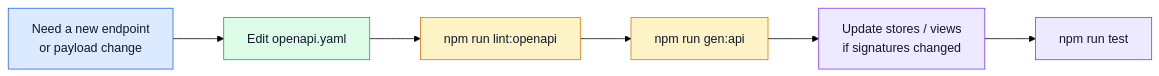
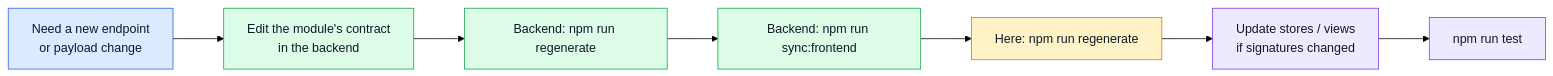
The diagram in docs/api/openapi-workflow.md (Guebbit/boilerplate-vue-frontend), drawn with Mermaid (forest theme) before and after one commit. The commit also changed other lines of this file and 7 other files, not shown here.

First line of the commit message:
docs(check): npm scripts, dependencies and contract imports are checked too

````diff
--- a/docs/api/openapi-workflow.md
+++ b/docs/api/openapi-workflow.md
@@ -7,18 +9,19 @@
 ```mermaid
 %%{init: {'flowchart': {'nodeSpacing': 50, 'rankSpacing': 65}}}%%
 flowchart LR
-    Idea[Need a new endpoint\nor payload change] --> Spec[Edit openapi.yaml]
-    Spec --> Lint[npm run lint:openapi]
-    Lint --> Generate[npm run gen:api]
+    Idea[Need a new endpoint\nor payload change] --> Spec[Edit the module's contract\nin the backend]
+    Spec --> Regen[Backend: npm run regenerate]
+    Regen --> Sync[Backend: npm run sync:frontend]
+    Sync --> Generate[Here: npm run regenerate]
     Generate --> Update[Update stores / views\nif signatures changed]
     Update --> Test[npm run test]
 
     classDef change fill:#dbeafe,stroke:#2563eb,color:#111827;
     classDef contract fill:#dcfce7,stroke:#16a34a,color:#111827;
     classDef tooling fill:#fef3c7,stroke:#d97706,color:#111827;
     classDef app fill:#ede9fe,stroke:#7c3aed,color:#111827;
     class Idea change;
-    class Spec contract;
-    class Lint,Generate tooling;
+    class Spec,Regen,Sync contract;
+    class Generate tooling;
     class Update,Test app;
 ```
````
